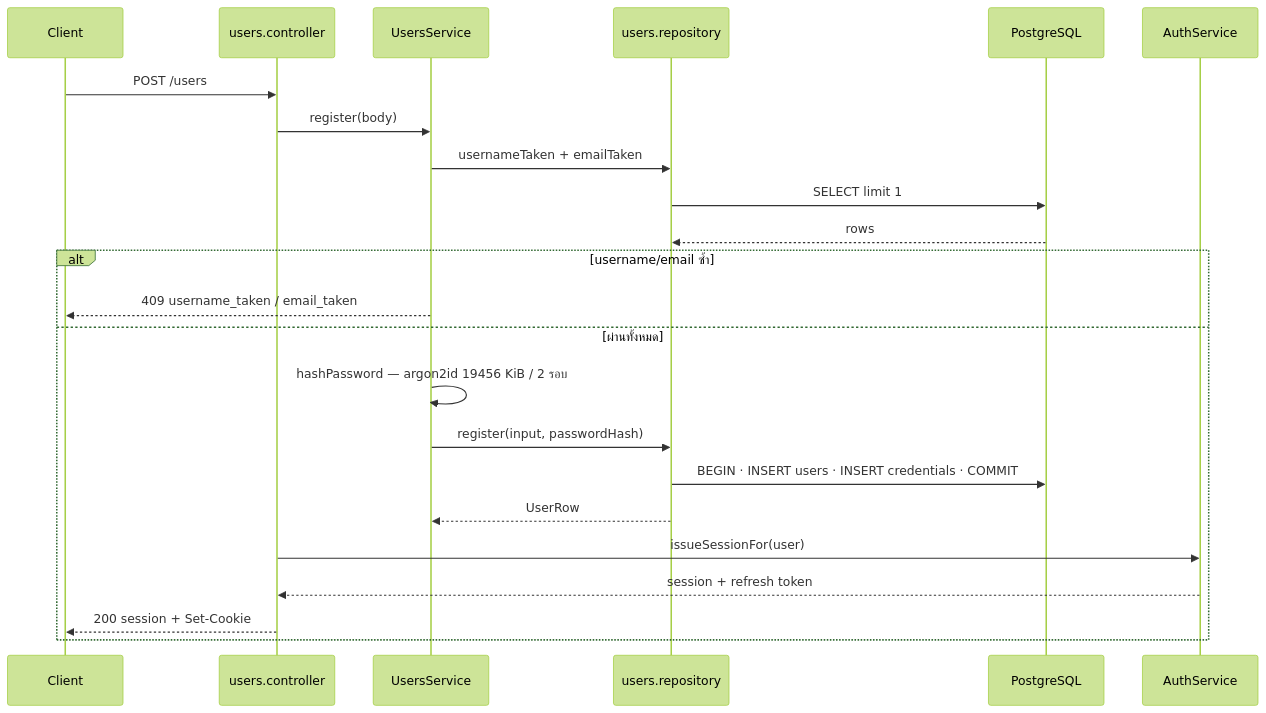
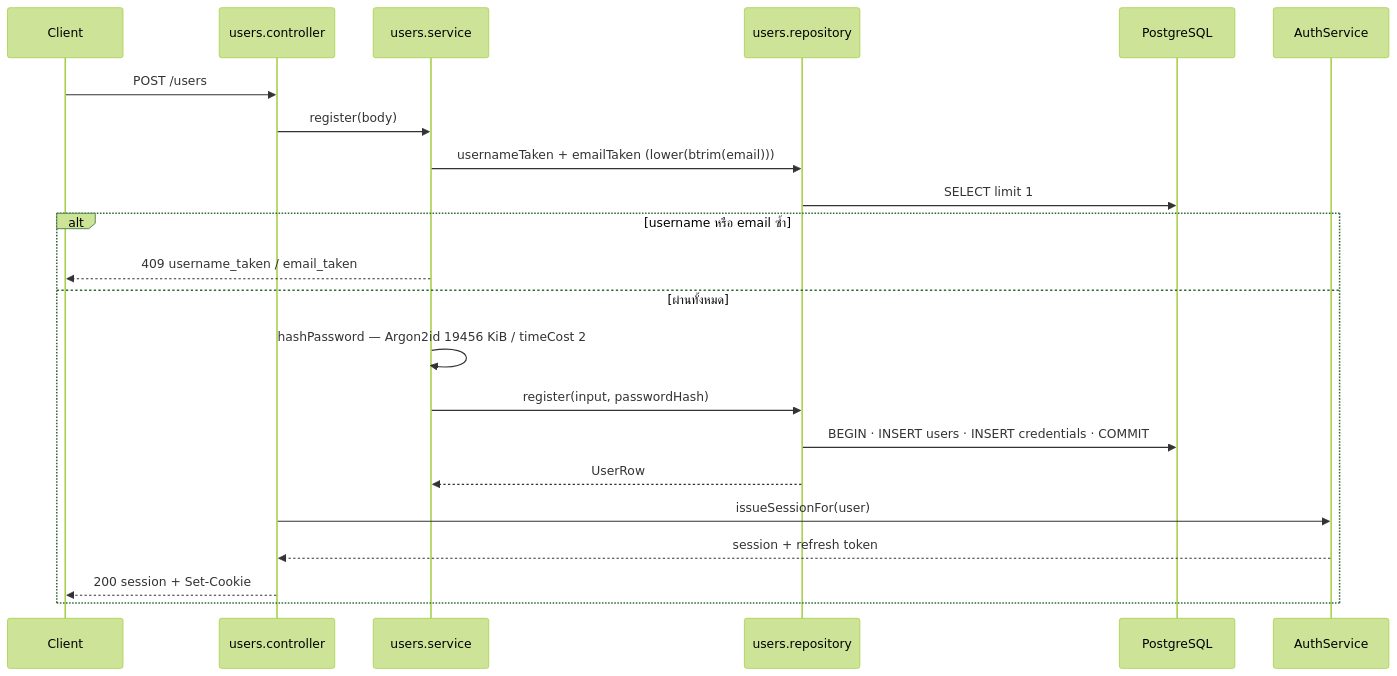
One commit to Open-Science-and-Data-management/Backend changed the second of 2 diagrams in src/features/users/README.md. Above: the diagram before and after it, drawn with Mermaid (forest theme). The commit also changed other lines of this file and 20 other files, not shown here.

````diff
--- a/src/features/users/README.md
+++ b/src/features/users/README.md
@@ -98,25 +187,24 @@
 ```mermaid
 sequenceDiagram
     participant FE as Client
     participant C as users.controller
-    participant S as UsersService
+    participant S as users.service
     participant R as users.repository
-    participant DB as PostgreSQL
+    participant P as PostgreSQL
     participant A as AuthService
     FE->>C: POST /users
     C->>S: register(body)
-    S->>R: usernameTaken + emailTaken
-    R->>DB: SELECT limit 1
-    DB-->>R: rows
-    alt username/email ซ้ำ
+    S->>R: usernameTaken + emailTaken (lower(btrim(email)))
+    R->>P: SELECT limit 1
+    alt username หรือ email ซ้ำ
         S-->>FE: 409 username_taken / email_taken
     else ผ่านทั้งหมด
-        S->>S: hashPassword — argon2id 19456 KiB / 2 รอบ
+        S->>S: hashPassword — Argon2id 19456 KiB / timeCost 2
         S->>R: register(input, passwordHash)
-        R->>DB: BEGIN · INSERT users · INSERT credentials · COMMIT
+        R->>P: BEGIN · INSERT users · INSERT credentials · COMMIT
         R-->>S: UserRow
         C->>A: issueSessionFor(user)
         A-->>C: session + refresh token
         C-->>FE: 200 session + Set-Cookie
     end
 ```
````
